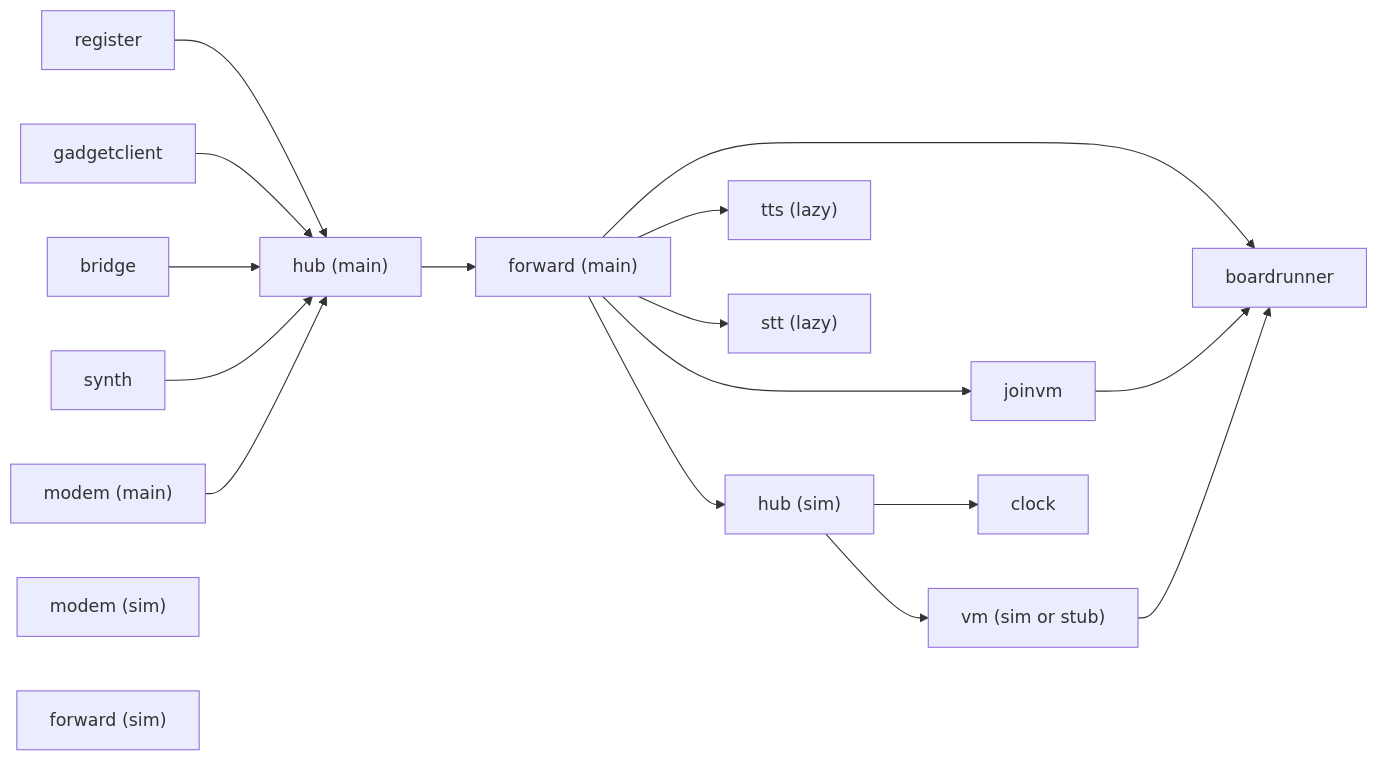
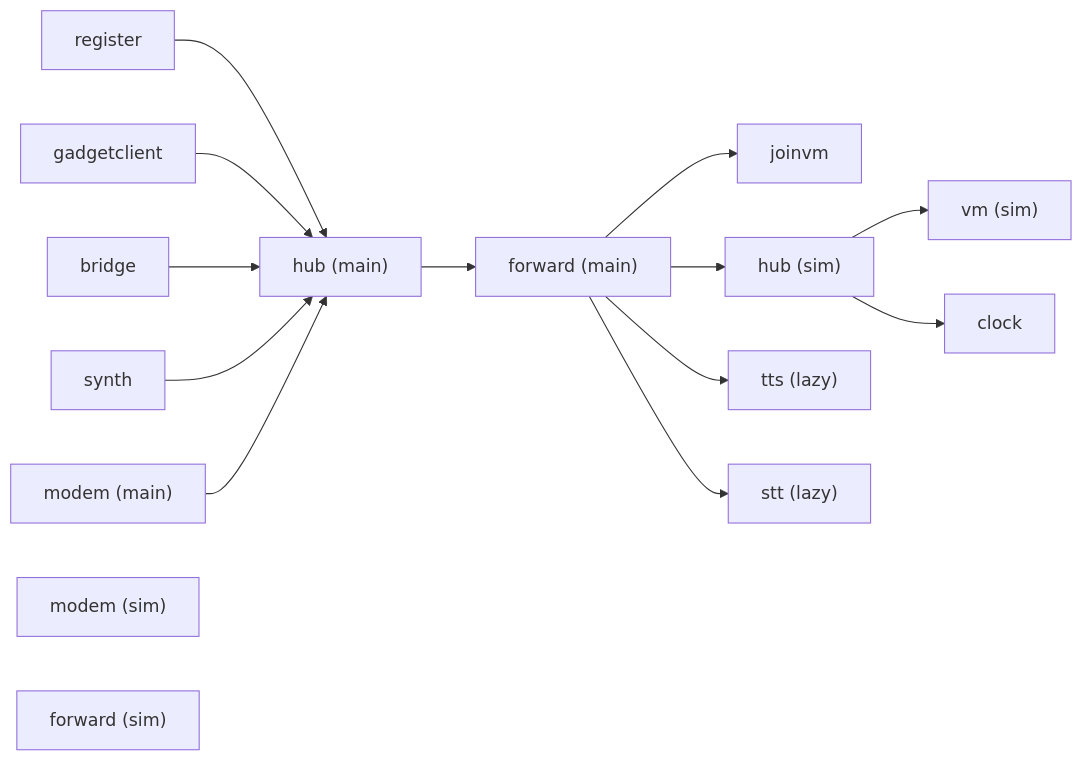
Before and after one commit to goldbuick/zed-software-system: the second of 4 diagrams in docs-site/content/map.mdx, drawn with Mermaid. The commit also changed other lines of this file and 340 other files, not shown here.

````diff
--- a/docs-site/content/map.mdx
+++ b/docs-site/content/map.mdx
@@ -64,34 +60,30 @@
 ```mermaid
 flowchart LR
   mregister["register"]
   mgadget["gadgetclient"]
   mbridge["bridge"]
   msynth["synth"]
   mmodem["modem (main)"]
   mhub["hub (main)"]
   mforward["forward (main)"]
-  svm["vm (sim or stub)"]
-  sstub["joinvm"]
+  svm["vm (sim)"]
+  sjoin["joinvm"]
   sclock["clock"]
   smodem["modem (sim)"]
   shub["hub (sim)"]
   sforward["forward (sim)"]
-  brunner["boardrunner"]
   htts["tts (lazy)"]
   hstt["stt (lazy)"]
   mhub --> mforward
   mforward --> shub
-  mforward --> sstub
-  mforward --> brunner
+  mforward --> sjoin
   mforward --> htts
   mforward --> hstt
   shub --> svm
   shub --> sclock
-  sstub --> brunner
-  svm --> brunner
   mregister --> mhub
   mgadget --> mhub
   mbridge --> mhub
   msynth --> mhub
   mmodem --> mhub
 ```
````
